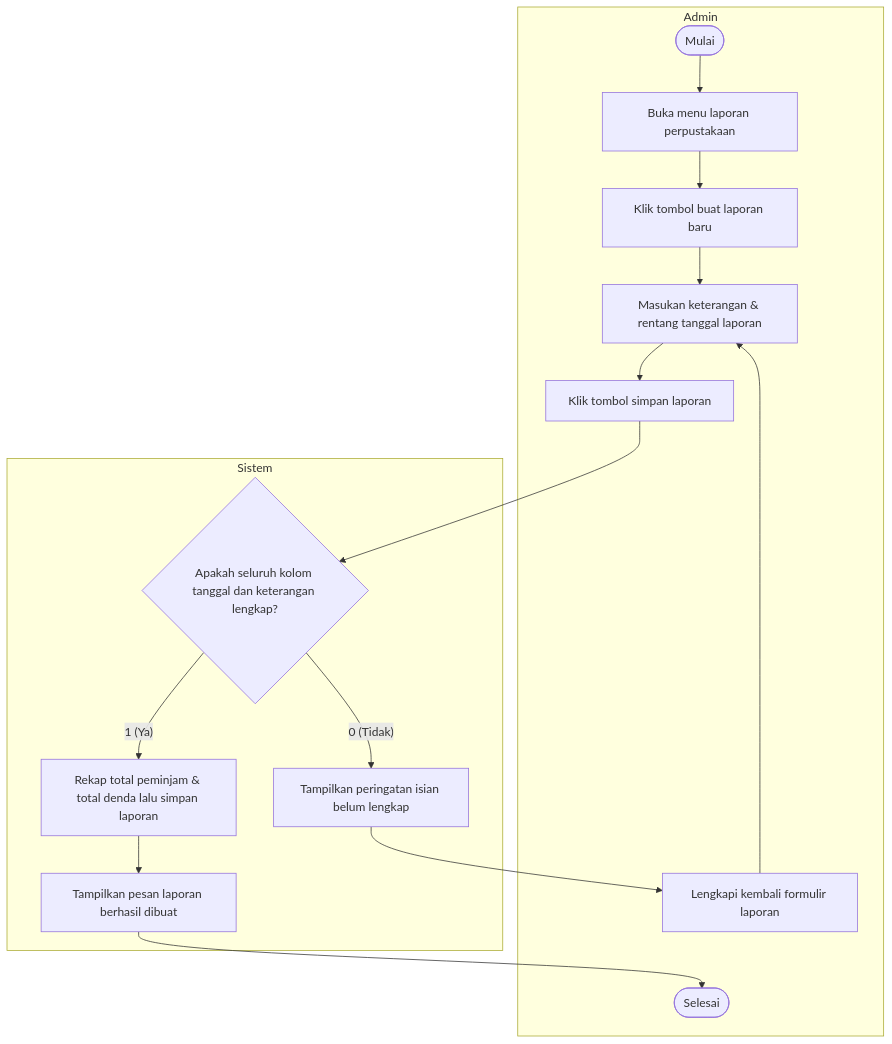
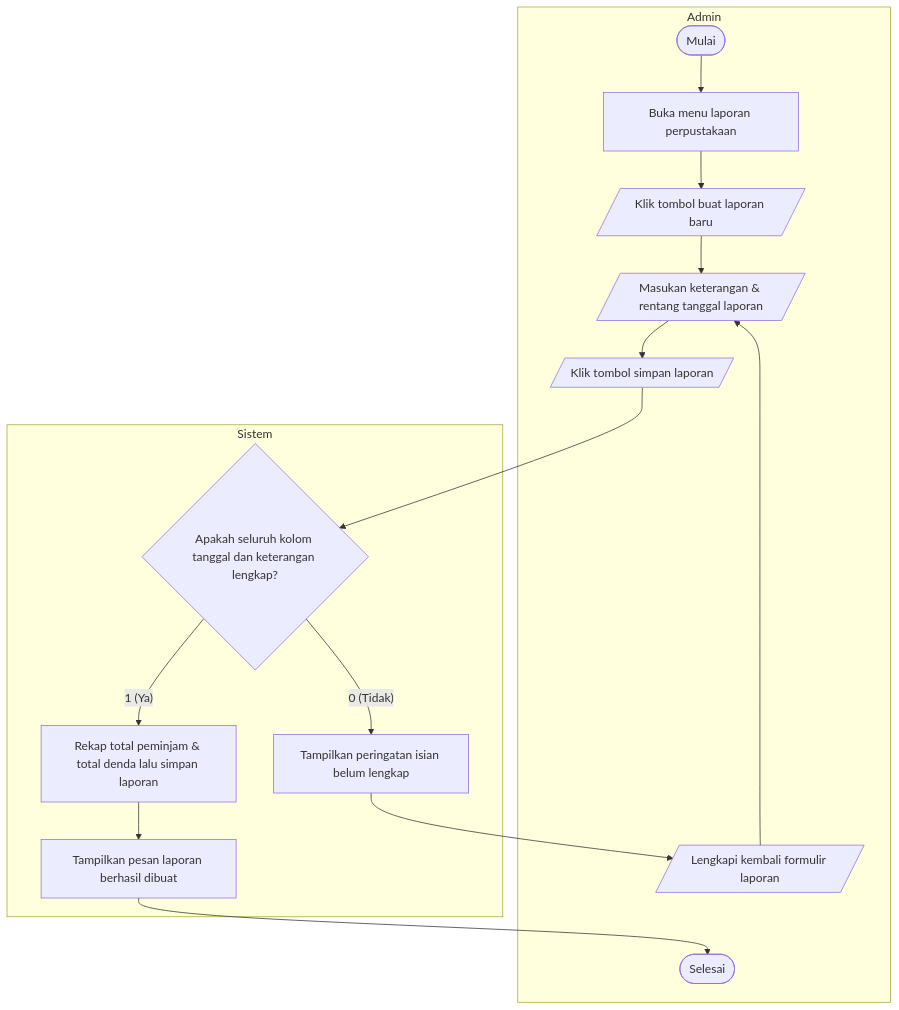
Before and after one commit to dimstyle/ruang-baca: the diagram in docs/uml/src/diagrams/list-diagrams/activity-createlaporan.mmd, drawn with Mermaid. The commit also changed 78 other files, not shown here.

Commit message:
docs(uml): use parallelogram shape for input and button actions in flowchart and activity diagrams

```diff
--- a/docs/uml/src/diagrams/list-diagrams/activity-createlaporan.mmd
+++ b/docs/uml/src/diagrams/list-diagrams/activity-createlaporan.mmd
@@ -1,18 +1,18 @@
 flowchart TD
     subgraph Admin["Admin"]
         start(["Mulai"]) --> openMenu["Buka menu laporan perpustakaan"]
-        openMenu --> clickNew["Klik tombol buat laporan baru"]
-        clickNew --> inputForm["Masukan keterangan & rentang tanggal laporan"]
-        inputForm --> clickSave["Klik tombol simpan laporan"]
-        fixForm["Lengkapi kembali formulir laporan"] --> inputForm
+        openMenu --> clickNew[/"Klik tombol buat laporan baru"/]
+        clickNew --> inputForm[/"Masukan keterangan & rentang tanggal laporan"/]
+        inputForm --> clickSave[/"Klik tombol simpan laporan"/]
+        fixForm[/"Lengkapi kembali formulir laporan"/] --> inputForm
         finish(["Selesai"])
     end
 
     subgraph Sistem["Sistem"]
         clickSave --> checkComplete{"Apakah seluruh kolom tanggal dan keterangan lengkap?"}
         checkComplete -->|"0 (Tidak)"| warnIncomplete["Tampilkan peringatan isian belum lengkap"]
         warnIncomplete --> fixForm
         checkComplete -->|"1 (Ya)"| calcSave["Rekap total peminjam & total denda lalu simpan laporan"]
         calcSave --> created["Tampilkan pesan laporan berhasil dibuat"]
         created --> finish
     end
```
